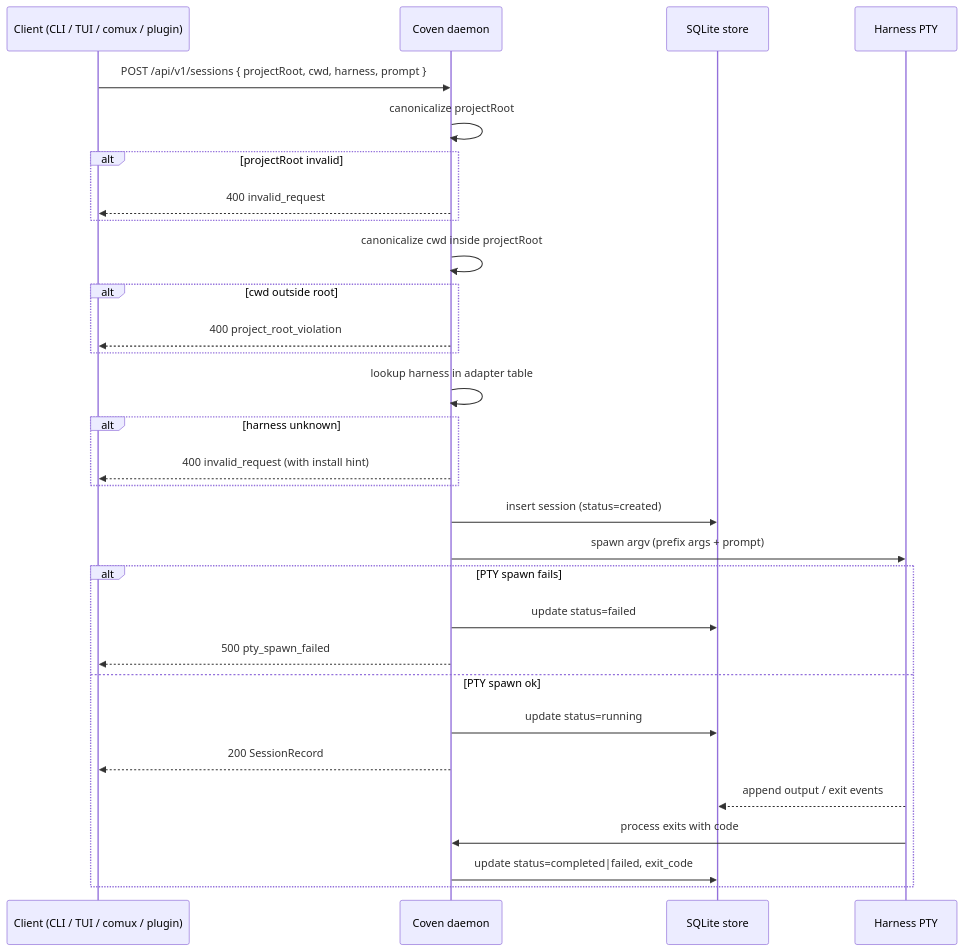
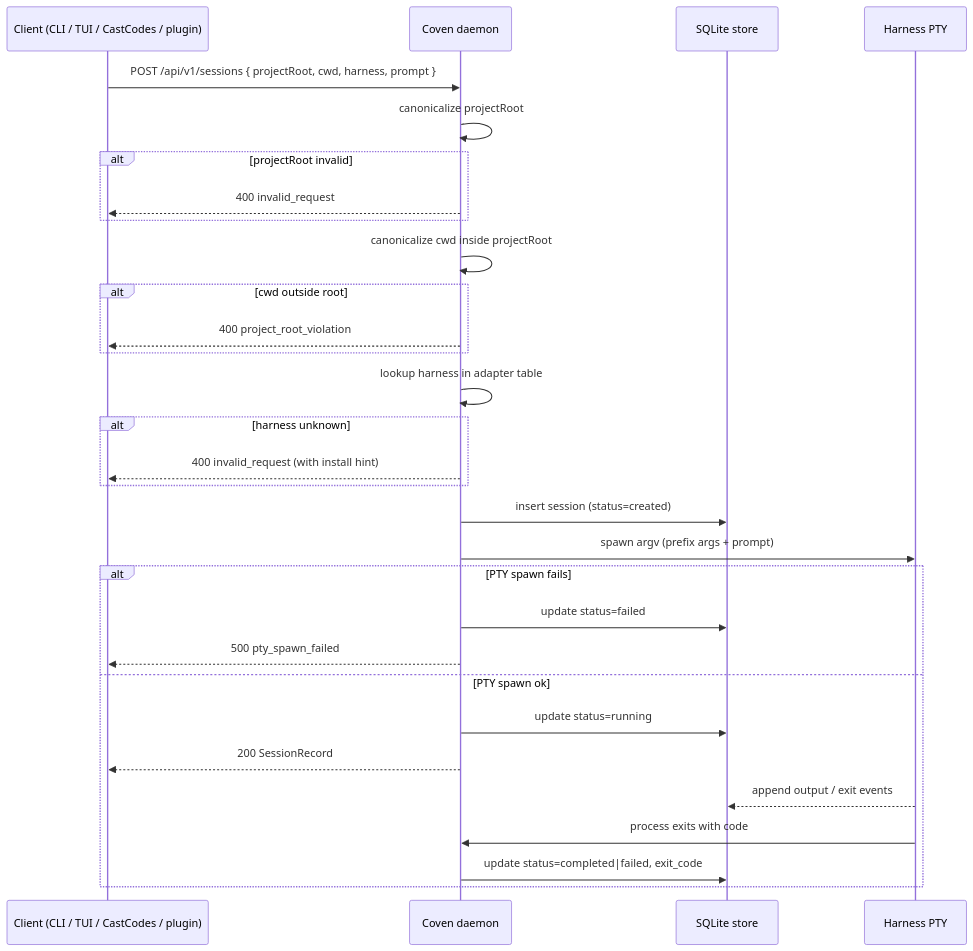
Before and after one commit to OpenCoven/coven-docs: the second of 2 diagrams in content/docs/familiars/sessions.mdx, drawn with Mermaid. The commit also changed 19 other files, not shown here.

Commit message:
docs: align docs around CastCodes architecture

````diff
--- a/content/docs/familiars/sessions.mdx
+++ b/content/docs/familiars/sessions.mdx
@@ -97,33 +97,33 @@
 ```mermaid
 sequenceDiagram
-  participant Client as Client (CLI / TUI / comux / plugin)
+  participant Client as Client (CLI / TUI / CastCodes / plugin)
   participant Daemon as Coven daemon
   participant Store as SQLite store
   participant PTY as Harness PTY
 
   Client->>Daemon: POST /api/v1/sessions { projectRoot, cwd, harness, prompt }
   Daemon->>Daemon: canonicalize projectRoot
   alt projectRoot invalid
     Daemon-->>Client: 400 invalid_request
   end
   Daemon->>Daemon: canonicalize cwd inside projectRoot
   alt cwd outside root
     Daemon-->>Client: 400 project_root_violation
   end
   Daemon->>Daemon: lookup harness in adapter table
   alt harness unknown
     Daemon-->>Client: 400 invalid_request (with install hint)
   end
   Daemon->>Store: insert session (status=created)
   Daemon->>PTY: spawn argv (prefix args + prompt)
   alt PTY spawn fails
     Daemon->>Store: update status=failed
     Daemon-->>Client: 500 pty_spawn_failed
   else PTY spawn ok
     Daemon->>Store: update status=running
     Daemon-->>Client: 200 SessionRecord
     PTY-->>Store: append output / exit events
     PTY->>Daemon: process exits with code
     Daemon->>Store: update status=completed|failed, exit_code
   end
 ```
````
